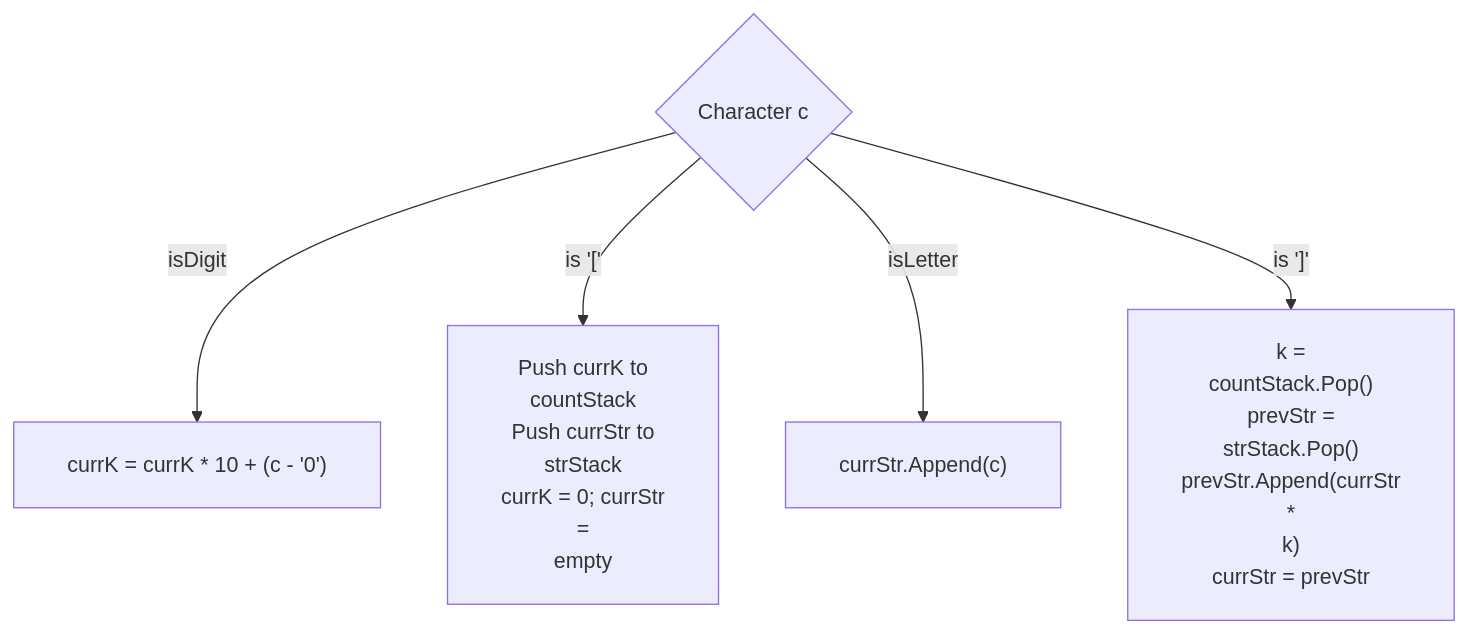
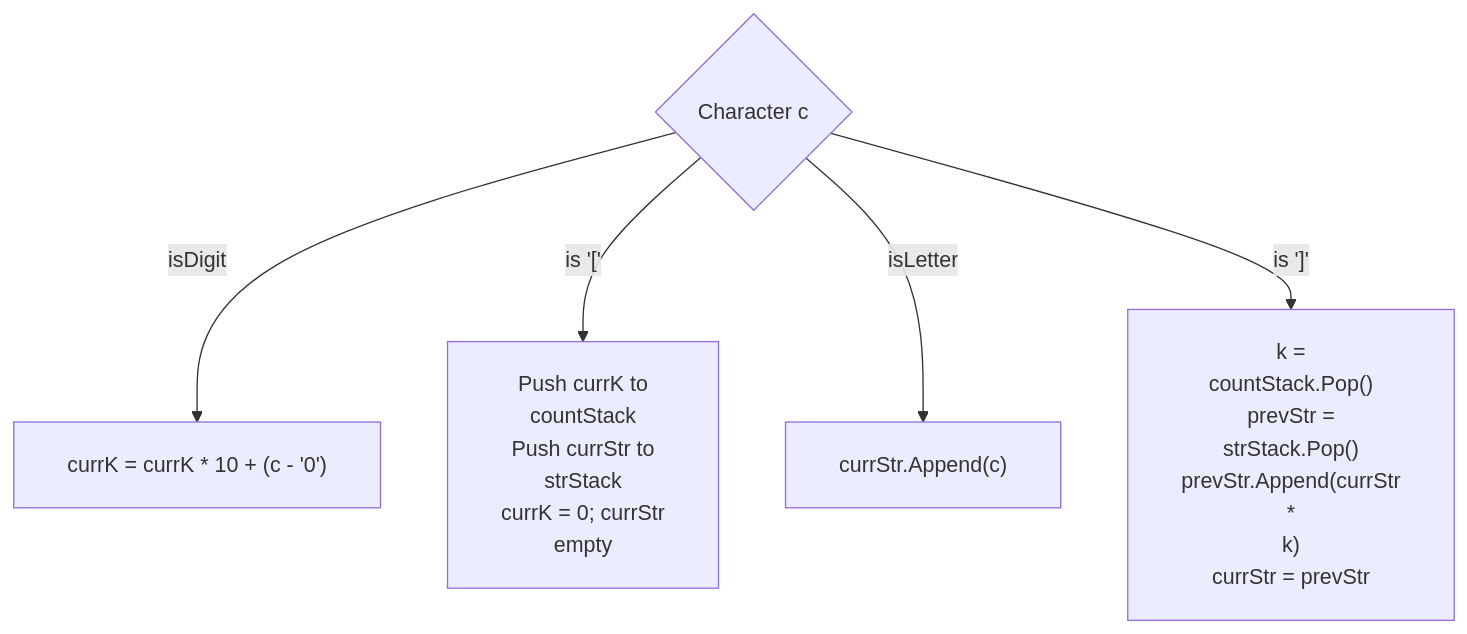
One commit to dip4k/DSA_102 changed the diagram in Senior_problem_solution/23_Amazon_Google_Uber_Signatures.md. Above: the diagram before and after it, drawn with Mermaid. The commit also changed 147 other files, not shown here.

First line of the commit message:
feat(curriculum): enrich Weeks 01-19 instructional modules & resolve repository-wide Mermaid cutoff

````diff
--- a/Senior_problem_solution/23_Amazon_Google_Uber_Signatures.md
+++ b/Senior_problem_solution/23_Amazon_Google_Uber_Signatures.md
@@ -597,8 +597,8 @@
 ```mermaid
 %%{init: {"flowchart": {"htmlLabels": true, "padding": 20}, "themeCSS": "foreignObject { overflow: visible !important; }"}}%%
 flowchart TD
     CharInput{"Character c"} -->|isDigit| G1["currK = currK * 10 + (c - '0')"]
-    CharInput -->|"is '['"| G2["Push currK to<br/>countStack<br/>Push currStr to<br/>strStack<br/>currK = 0; currStr<br/>=<br/>empty"]
+    CharInput -->|"is '['"| G2["Push currK to<br/>countStack<br/>Push currStr to<br/>strStack<br/>currK = 0; currStr<br/&ge;<br/>empty"]
     CharInput -->|isLetter| G3["currStr.Append(c)"]
     CharInput -->|"is ']'"| G4["k =<br/>countStack.Pop()<br/>prevStr =<br/>strStack.Pop()<br/>prevStr.Append(currStr<br/>*<br/>k)<br/>currStr = prevStr"]
 ```
````
